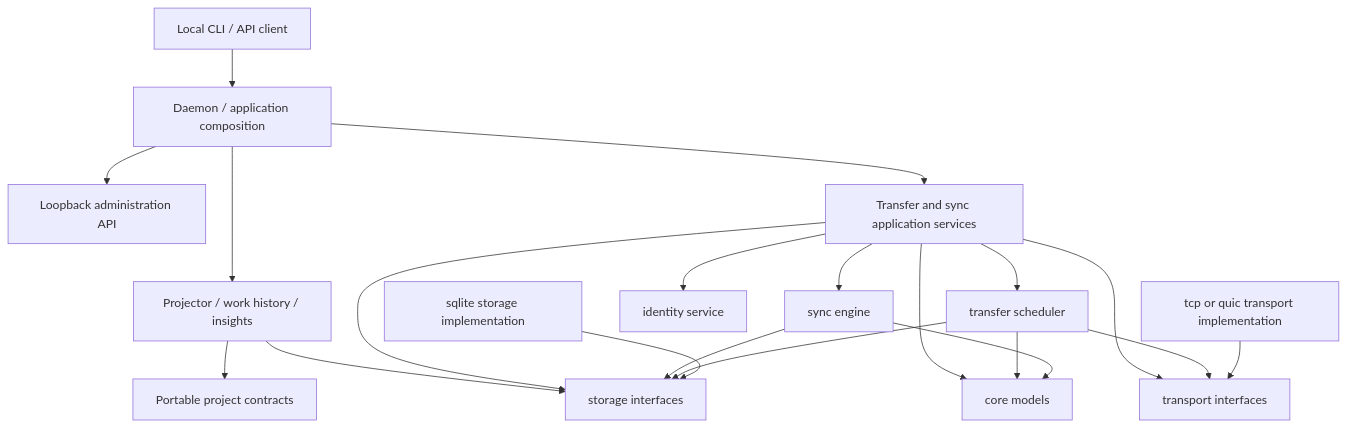
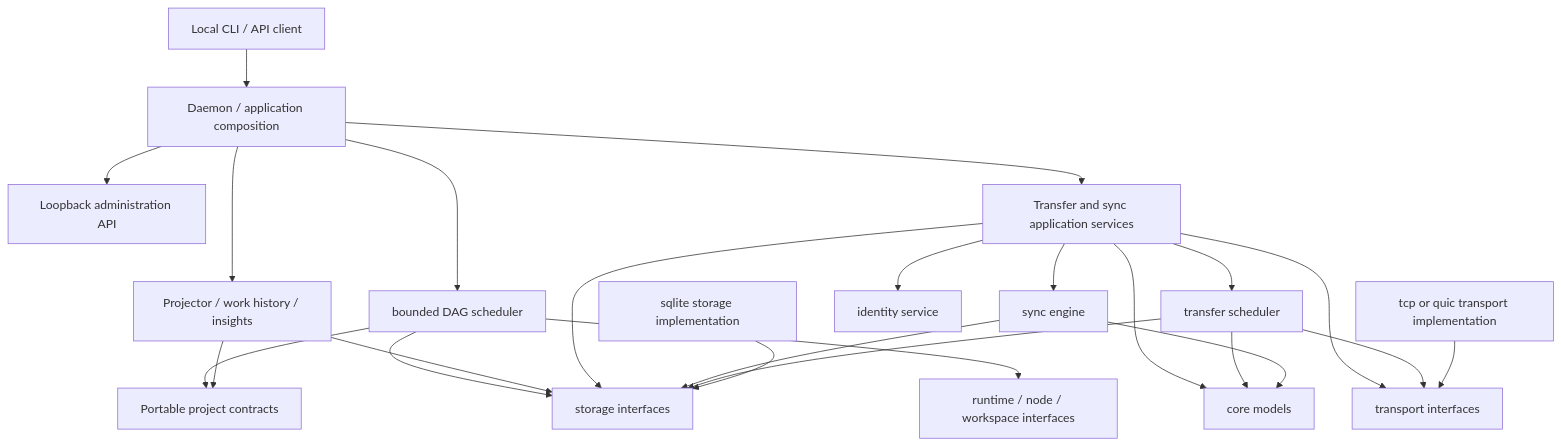
The diagram in docs/architecture/overview.md (greadee/agent-action-sync), drawn with Mermaid before and after one commit. The commit also changed other lines of this file and 13 other files, not shown here.

Commit message:
add bounded dag scheduler

````diff
--- a/docs/architecture/overview.md
+++ b/docs/architecture/overview.md
@@ -42,22 +45,26 @@
 ```mermaid
 flowchart TD
     CLI["Local CLI / API client"] --> Daemon["Daemon / application composition"]
     Daemon --> API["Loopback administration API"]
     Daemon --> Projector["Projector / work history / insights"]
+    Daemon --> Scheduler["bounded DAG scheduler"]
+    Scheduler --> Project["portable project contracts"]
+    Scheduler --> Storage
+    Scheduler --> Runtime["runtime / node / workspace interfaces"]
     Projector --> Project["Portable project contracts"]
     Projector --> Storage
     Daemon --> Agent["Transfer and sync application services"]
     Agent --> Core["core models"]
     Agent --> Transfer["transfer scheduler"]
     Agent --> Sync["sync engine"]
     Agent --> Identity["identity service"]
     Agent --> Storage["storage interfaces"]
     Agent --> Transport["transport interfaces"]
     Transfer --> Core
     Sync --> Core
     Sync --> Storage
     Transfer --> Storage
     Transfer --> Transport
     SQLite["sqlite storage implementation"] --> Storage
     TCP["tcp or quic transport implementation"] --> Transport
 ```
````
